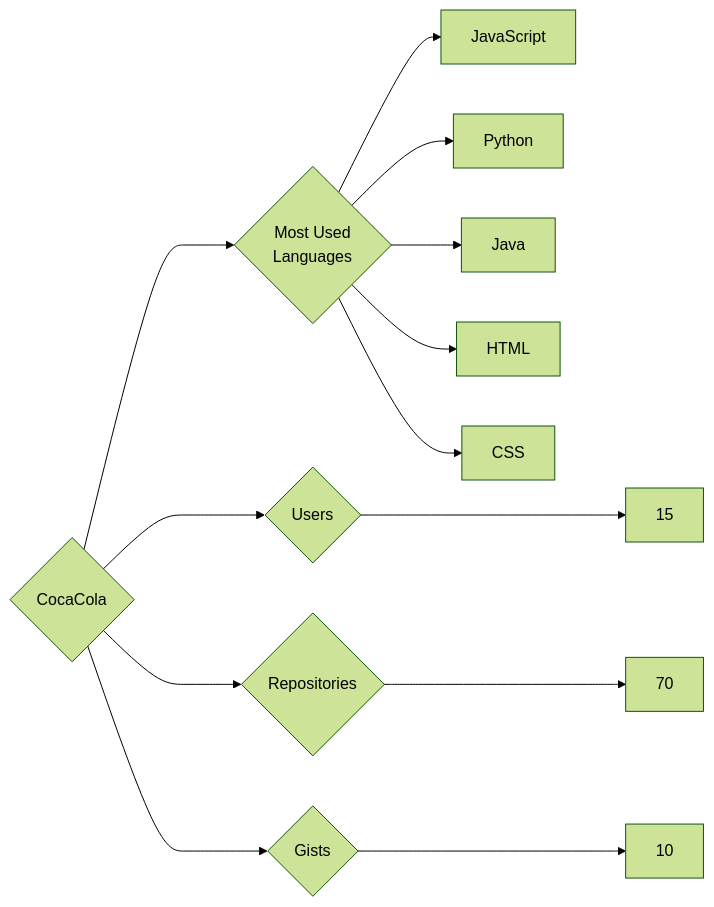
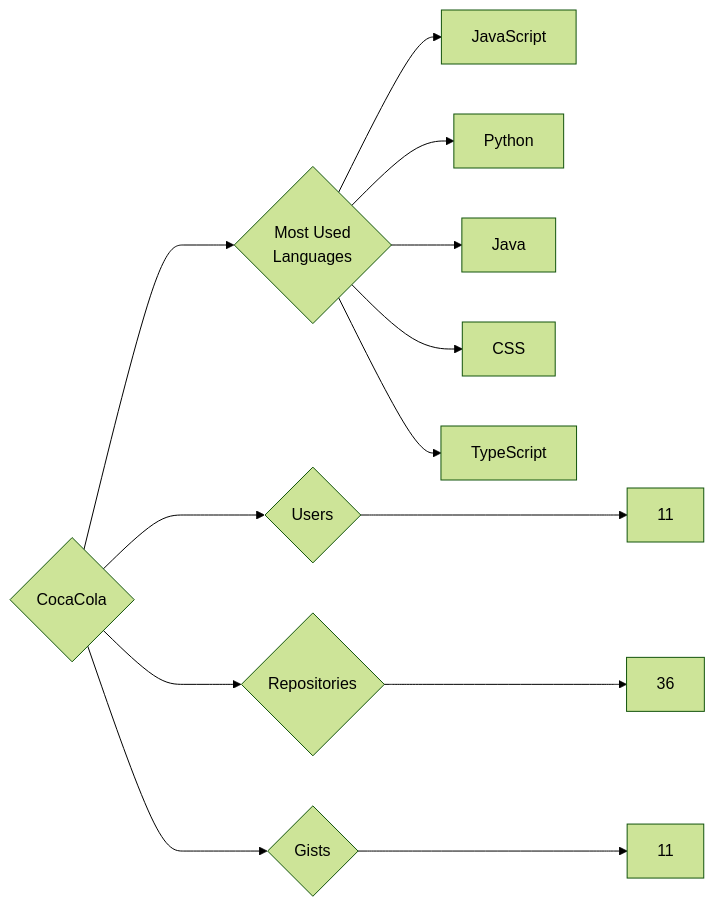
The diagram in targets/CocaCola/README.md (trickest/insiders), drawn with Mermaid (forest theme) before and after one commit. The commit also changed 823 other files, not shown here.

````diff
--- a/targets/CocaCola/README.md
+++ b/targets/CocaCola/README.md
@@ -3,13 +3,13 @@
 ```mermaid
 graph LR
 COMPANY_NAME{CocaCola}
-COMPANY_NAME ---> U{Users} ---> UN[15]
-COMPANY_NAME ---> R{Repositories} ---> RN[70]
-COMPANY_NAME ---> G{Gists} ---> GN[10]
+COMPANY_NAME ---> U{Users} ---> UN[11]
+COMPANY_NAME ---> R{Repositories} ---> RN[36]
+COMPANY_NAME ---> G{Gists} ---> GN[11]
 COMPANY_NAME ---> ML{Most Used<br>Languages}
 ML --> JavaScript[JavaScript]
 ML --> Python[Python]
 ML --> Java[Java]
-ML --> HTML[HTML]
 ML --> CSS[CSS]
+ML --> TypeScript[TypeScript]
 ```
````
